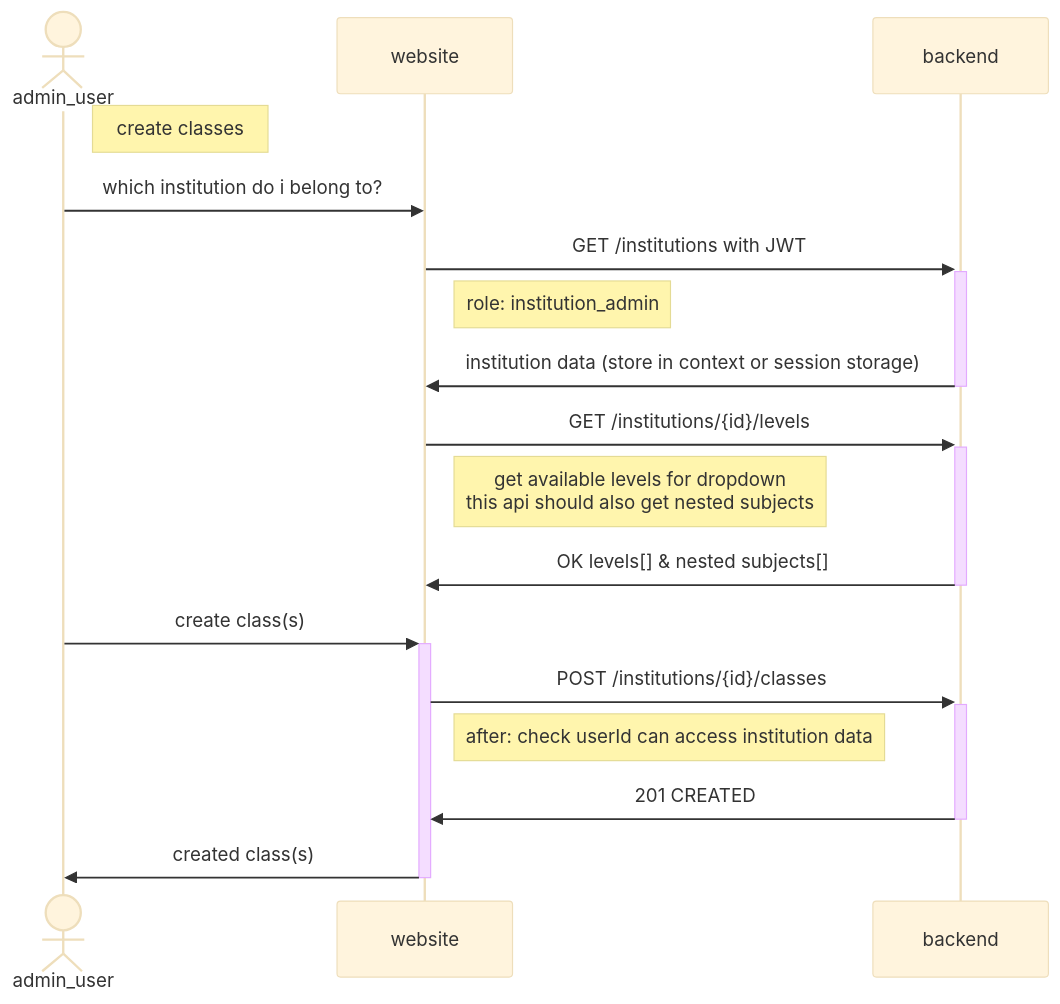
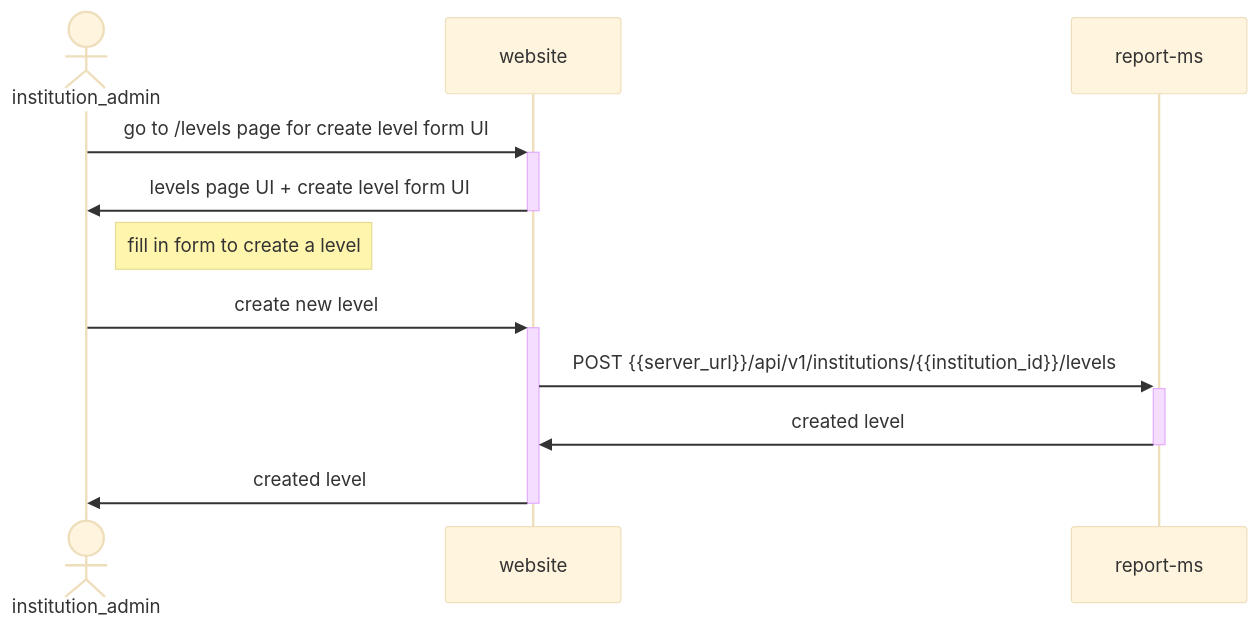
Before and after one commit to AuraAITools/aura-report-website: the fourth of 6 diagrams in aura-report-website/diagrams/new-institution-admin-user-flow.md, drawn with Mermaid (base theme). The commit also changed other lines of this file and 90 other files, not shown here.

````diff
--- a/aura-report-website/diagrams/new-institution-admin-user-flow.md
+++ b/aura-report-website/diagrams/new-institution-admin-user-flow.md
@@ -81,21 +103,15 @@
 ```mermaid
 sequenceDiagram
-    actor admin_user
+    actor institution_admin
     participant website
-    participant backend
+    participant report-ms
 
-    note right of admin_user: create classes
-    admin_user ->> website: which institution do i belong to?
-    website ->> +backend: GET /institutions with JWT
-    note right of website: role: institution_admin
-    backend ->> -website: institution data (store in context or session storage)
-    website ->> +backend : GET /institutions/{id}/levels
-    note right of website: get available levels for dropdown <br/> this api should also get nested subjects
-    backend ->> -website: OK levels[] & nested subjects[]
+    institution_admin ->> +website : go to /levels page for create level form UI
+    website ->> -institution_admin: levels page UI + create level form UI
+    note right of institution_admin: fill in form to create a level
+    institution_admin ->> +website: create new level
+    website ->> +report-ms: POST {{server_url}}/api/v1/institutions/{{institution_id}}/levels
+    report-ms ->> -website: created level
+    website ->> -institution_admin: created level
 
-    admin_user ->> +website: create class(s)
-    website ->> +backend: POST /institutions/{id}/classes
-    note right of website: after: check userId can access institution data
-    backend ->> -website: 201 CREATED
-    website ->> -admin_user: created class(s)
 ```
````
